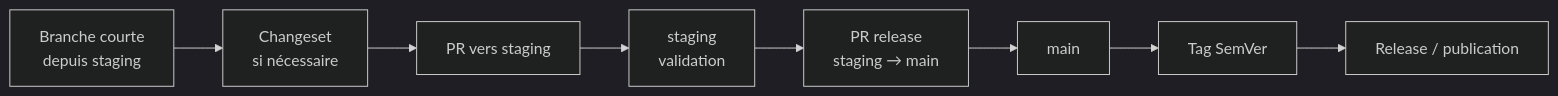
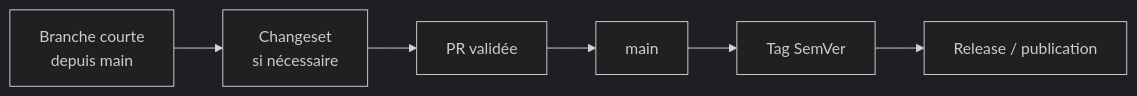
One commit to Ange230700/kraak-consulting changed the diagram in docs/engineering/CHANGESETS.md. Above: the diagram before and after it, drawn with Mermaid (dark theme). The commit also changed other lines of this file and 73 other files, not shown here.

````diff
--- a/docs/engineering/CHANGESETS.md
+++ b/docs/engineering/CHANGESETS.md
@@ -45,13 +45,11 @@
 ```mermaid
 flowchart LR
-    branch["Branche courte<br/>depuis staging"]
+    branch["Branche courte<br/>depuis main"]
     changeset["Changeset<br/>si nécessaire"]
-    prStaging["PR vers staging"]
-    staging["staging<br/>validation"]
-    releasePr["PR release<br/>staging → main"]
+    pr["PR validée"]
     main["main"]
     tag["Tag SemVer"]
     publish["Release / publication"]
 
-    branch --> changeset --> prStaging --> staging --> releasePr --> main --> tag --> publish
+    branch --> changeset --> pr --> main --> tag --> publish
 ```
````
